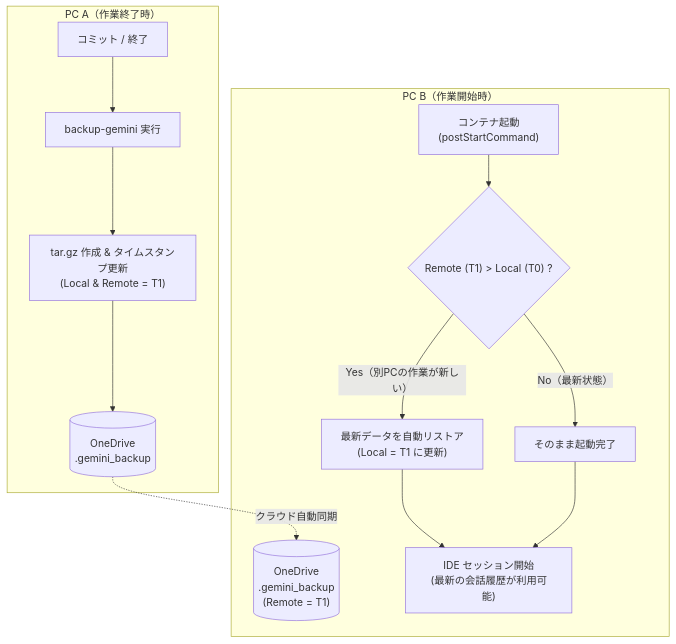
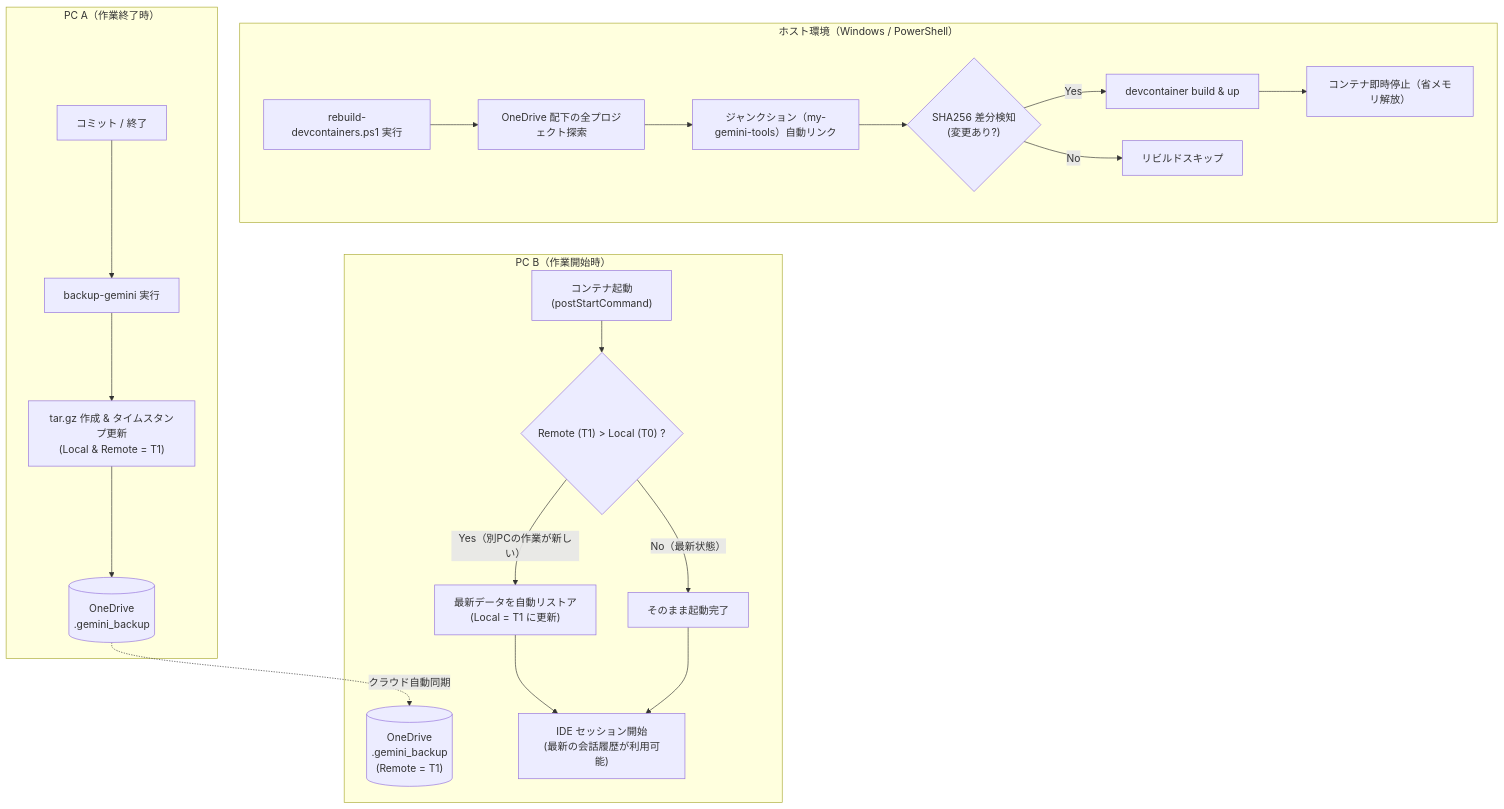
One commit to kon0505-cloud/devcontainer-loaders changed the diagram in README.md. Above: the diagram before and after it, drawn with Mermaid. The commit also changed other lines of this file and 7 other files, not shown here.

````diff
--- a/README.md
+++ b/README.md
@@ -55,19 +103,28 @@
 ```mermaid
 flowchart TD
+    subgraph Host["ホスト環境（Windows / PowerShell）"]
+        H1["rebuild-devcontainers.ps1 実行"] --> H2["OneDrive 配下の全プロジェクト探索"]
+        H2 --> H3["ジャンクション（my-gemini-tools）自動リンク"]
+        H3 --> H4{"SHA256 差分検知<br>(変更あり?)"}
+        H4 -- "Yes" --> H5["devcontainer build & up"]
+        H5 --> H6["コンテナ即時停止（省メモリ解放）"]
+        H4 -- "No" --> H7["リビルドスキップ"]
+    end
+
     subgraph PC_A["PC A（作業終了時）"]
         A1["コミット / 終了"] --> A2["backup-gemini 実行"]
         A2 --> A3["tar.gz 作成 & タイムスタンプ更新<br>(Local & Remote = T1)"]
         A3 --> A4[("OneDrive<br>.gemini_backup")]
     end
 
     A4 -.->|"クラウド自動同期"| B1
 
     subgraph PC_B["PC B（作業開始時）"]
         B1[("OneDrive<br>.gemini_backup<br>(Remote = T1)")]
         B2["コンテナ起動<br>(postStartCommand)"] --> B3{"Remote (T1) > Local (T0) ?"}
         B3 -- "Yes（別PCの作業が新しい）" --> B4["最新データを自動リストア<br>(Local = T1 に更新)"]
         B3 -- "No（最新状態）" --> B5["そのまま起動完了"]
         B4 --> B6["IDE セッション開始<br>(最新の会話履歴が利用可能)"]
         B5 --> B6
     end
 ```
````
